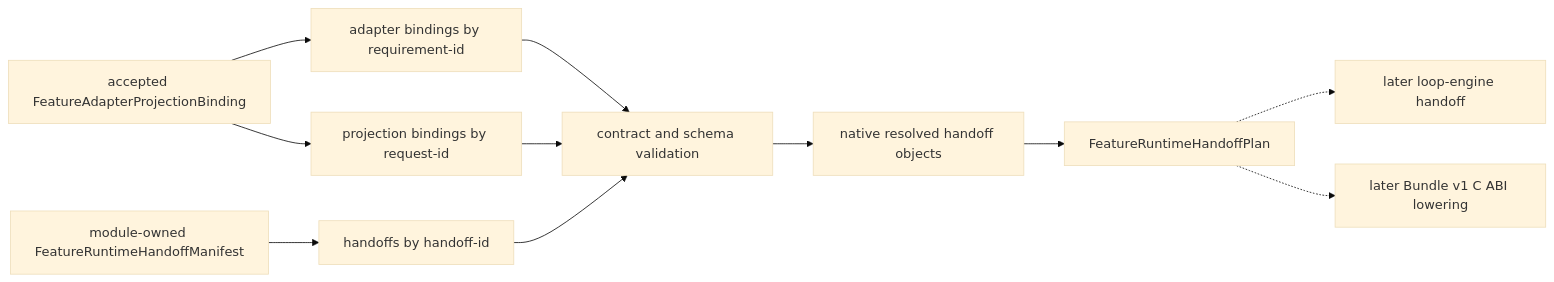
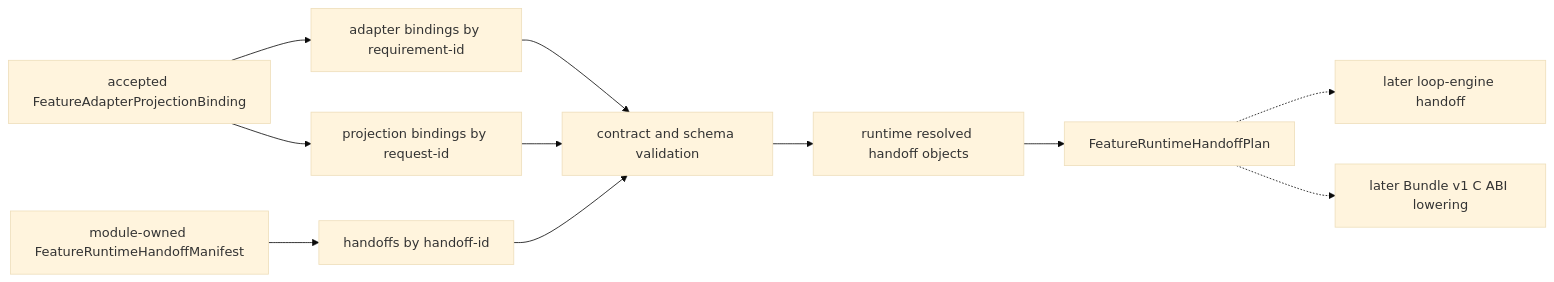
The first of 2 diagrams in module-system/design/142-feature-runtime-handoff-plan.org (tao3k/gebril-yuanxu), drawn with Mermaid (base theme) before and after one commit. The commit also changed other lines of this file and 1469 other files, not shown here.

```diff
--- a/module-system/design/142-feature-runtime-handoff-plan.org
+++ b/module-system/design/142-feature-runtime-handoff-plan.org
@@ -127,24 +127,24 @@
 #+begin_src mermaid
 flowchart LR
     AP["accepted FeatureAdapterProjectionBinding"]
     AB["adapter bindings by requirement-id"]
     PB["projection bindings by request-id"]
     HM["module-owned FeatureRuntimeHandoffManifest"]
     HI["handoffs by handoff-id"]
     RV["contract and schema validation"]
-    RH["native resolved handoff objects"]
+    RH["runtime resolved handoff objects"]
     HP["FeatureRuntimeHandoffPlan"]
     LE["later loop-engine handoff"]
     CA["later Bundle v1 C ABI lowering"]
 
     AP --> AB
     AP --> PB
     HM --> HI
     AB --> RV
     PB --> RV
     HI --> RV
     RV --> RH
     RH --> HP
     HP -.-> LE
     HP -.-> CA
 #+end_src
```
